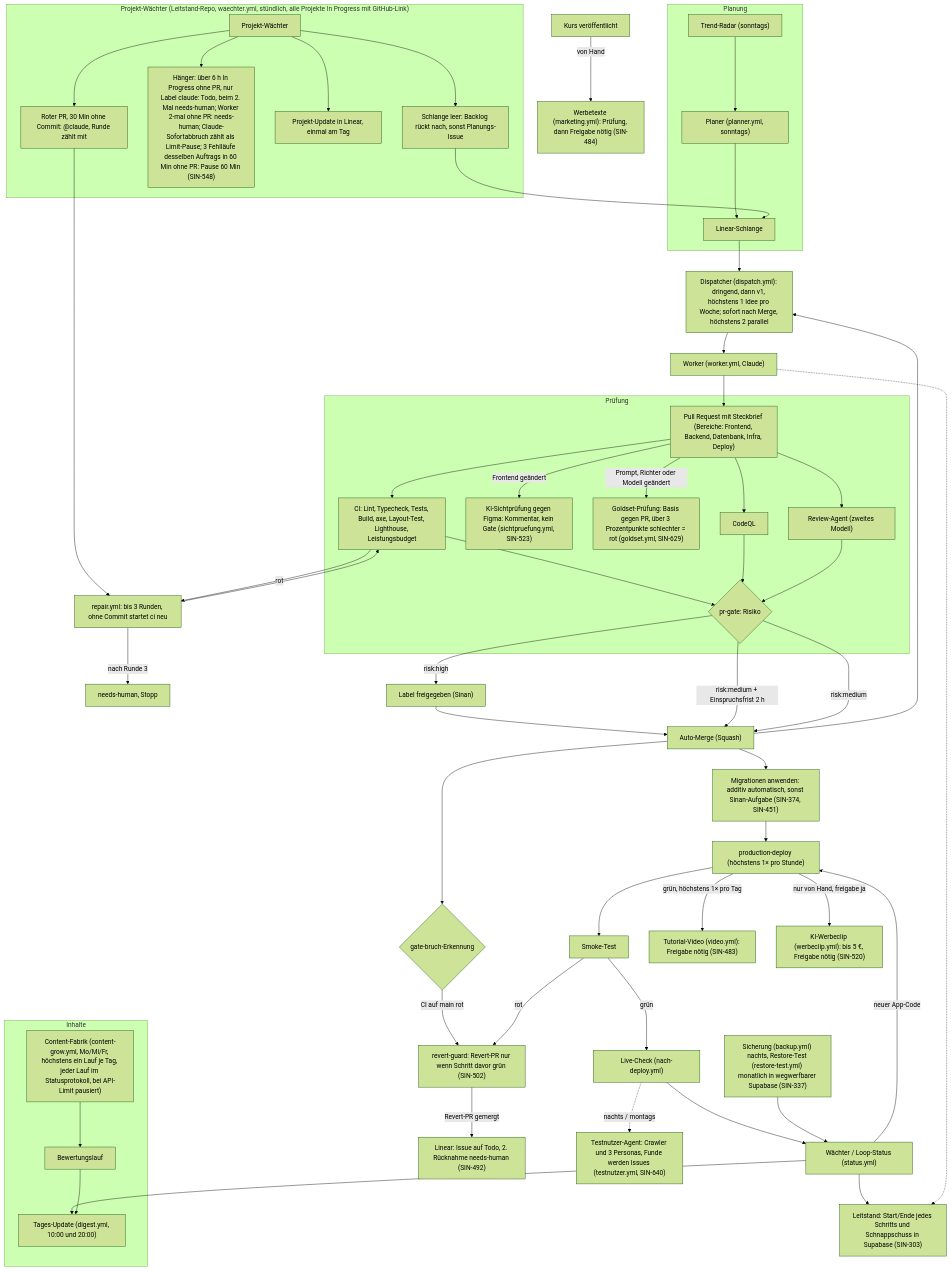
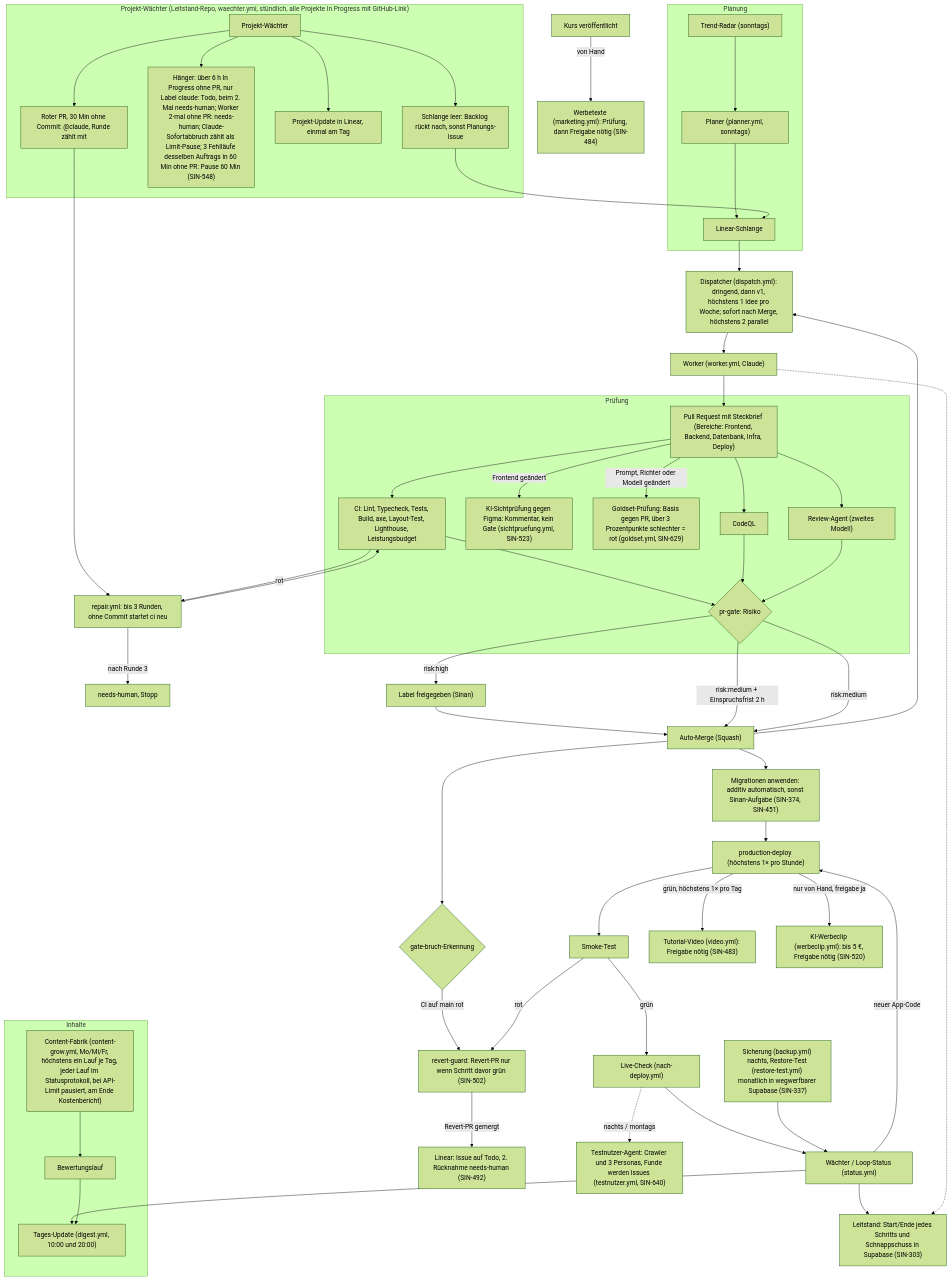
Before and after one commit to siinanXD/Content-Agent-Lernapp: the diagram in docs/diagramme/pipeline.mmd, drawn with Mermaid (forest theme). The commit also changed 6 other files, not shown here.

Commit message:
feat(kosten): Kostenbericht nach content-grow und Schema-Beleg im Lauf-Protokoll (SIN-653) (#369)

```diff
--- a/docs/diagramme/pipeline.mmd
+++ b/docs/diagramme/pipeline.mmd
@@ -1,58 +1,58 @@
 %% Pipeline-Ablauf des Loops, Stand main 09.10. (SIN-376). Quelle für das FigJam-Board „Pipeline-Ablauf“.
 %% Ändern sich .github/workflows/ oder scripts/autonomy/, diese Datei im selben PR anpassen.
 flowchart TD
   subgraph Planung
     Radar["Trend-Radar (sonntags)"] --> Planer
     Planer["Planer (planner.yml, sonntags)"] --> Schlange["Linear-Schlange"]
   end
   Schlange --> Dispatcher["Dispatcher (dispatch.yml): dringend, dann v1, höchstens 1 Idee pro Woche; sofort nach Merge, höchstens 2 parallel"]
   Dispatcher --> Worker["Worker (worker.yml, Claude)"]
   Worker --> PR["Pull Request mit Steckbrief (Bereiche: Frontend, Backend, Datenbank, Infra, Deploy)"]
   subgraph Prüfung
     PR --> CI["CI: Lint, Typecheck, Tests, Build, axe, Layout-Test, Lighthouse, Leistungsbudget"]
     PR -- "Frontend geändert" --> Sicht["KI-Sichtprüfung gegen Figma: Kommentar, kein Gate (sichtpruefung.yml, SIN-523)"]
     PR -- "Prompt, Richter oder Modell geändert" --> Gold["Goldset-Prüfung: Basis gegen PR, über 3 Prozentpunkte schlechter = rot (goldset.yml, SIN-629)"]
     PR --> CodeQL["CodeQL"]
     PR --> Review["Review-Agent (zweites Modell)"]
     CI --> Gate{"pr-gate: Risiko"}
     CodeQL --> Gate
     Review --> Gate
   end
   CI -- rot --> Repair["repair.yml: bis 3 Runden, ohne Commit startet ci neu"]
   Repair --> CI
   Repair -- "nach Runde 3" --> Mensch["needs-human, Stopp"]
   Gate -- "risk:high" --> Freigabe["Label freigegeben (Sinan)"]
   Freigabe --> Merge
   Gate -- "risk:medium + Einspruchsfrist 2 h" --> Merge
   Gate -- "risk:medium" --> Merge["Auto-Merge (Squash)"]
   Merge --> Dispatcher
   Merge --> Migr["Migrationen anwenden: additiv automatisch, sonst Sinan-Aufgabe (SIN-374, SIN-451)"]
   Merge --> Bruch{"gate-bruch-Erkennung"}
   Bruch -- "CI auf main rot" --> Revert["revert-guard: Revert-PR nur wenn Schritt davor grün (SIN-502)"]
   Revert -- "Revert-PR gemergt" --> LinearTodo["Linear: Issue auf Todo, 2. Rücknahme needs-human (SIN-492)"]
   Migr --> Deploy["production-deploy (höchstens 1× pro Stunde)"]
   Deploy --> Smoke["Smoke-Test"]
   Smoke -- rot --> Revert
   Smoke -- grün --> Live["Live-Check (nach-deploy.yml)"]
   Live -. "nachts / montags" .-> Testnutzer["Testnutzer-Agent: Crawler und 3 Personas, Funde werden Issues (testnutzer.yml, SIN-640)"]
   Deploy -- "grün, höchstens 1× pro Tag" --> Video["Tutorial-Video (video.yml): Freigabe nötig (SIN-483)"]
   Deploy -- "nur von Hand, freigabe ja" --> Werbeclip["KI-Werbeclip (werbeclip.yml): bis 5 €, Freigabe nötig (SIN-520)"]
   Kurs["Kurs veröffentlicht"] -- "von Hand" --> Marketing["Werbetexte (marketing.yml): Prüfung, dann Freigabe nötig (SIN-484)"]
   Live --> Waechter["Wächter / Loop-Status (status.yml)"]
   Waechter -- "neuer App-Code" --> Deploy
   Backup["Sicherung (backup.yml) nachts, Restore-Test (restore-test.yml) monatlich in wegwerfbarer Supabase (SIN-337)"] --> Waechter
   Waechter --> Update["Tages-Update (digest.yml, 10:00 und 20:00)"]
   Waechter --> Leitstand["Leitstand: Start/Ende jedes Schritts und Schnappschuss in Supabase (SIN-303)"]
   Worker -.-> Leitstand
   subgraph Projektwaechter["Projekt-Wächter (Leitstand-Repo, waechter.yml, stündlich, alle Projekte In Progress mit GitHub-Link)"]
     PW["Projekt-Wächter"] --> PWS["Schlange leer: Backlog rückt nach, sonst Planungs-Issue"]
     PW --> PWH["Hänger: über 6 h In Progress ohne PR, nur Label claude: Todo, beim 2. Mal needs-human; Worker 2-mal ohne PR: needs-human; Claude-Sofortabbruch zählt als Limit-Pause; 3 Fehlläufe desselben Auftrags in 60 Min ohne PR: Pause 60 Min (SIN-548)"]
     PW --> PWU["Projekt-Update in Linear, einmal am Tag"]
     PW --> PWR["Roter PR, 30 Min ohne Commit: @claude, Runde zählt mit"]
   end
   PWS --> Schlange
   PWR --> Repair
   subgraph Inhalte
-    Fabrik["Content-Fabrik (content-grow.yml, Mo/Mi/Fr, höchstens ein Lauf je Tag, jeder Lauf im Statusprotokoll, bei API-Limit pausiert)"] --> Bewertung["Bewertungslauf"]
+    Fabrik["Content-Fabrik (content-grow.yml, Mo/Mi/Fr, höchstens ein Lauf je Tag, jeder Lauf im Statusprotokoll, bei API-Limit pausiert, am Ende Kostenbericht)"] --> Bewertung["Bewertungslauf"]
     Bewertung --> Update
   end
```
